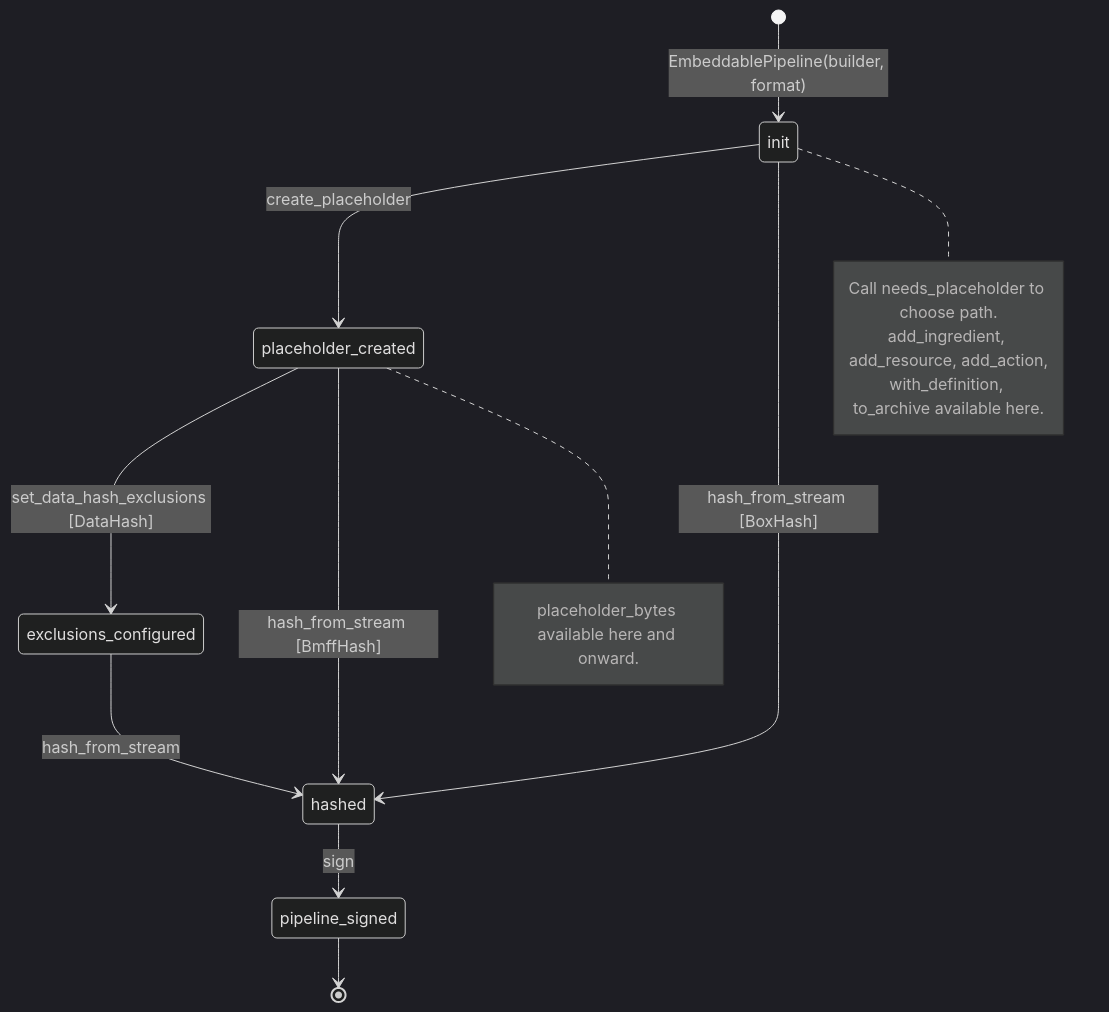
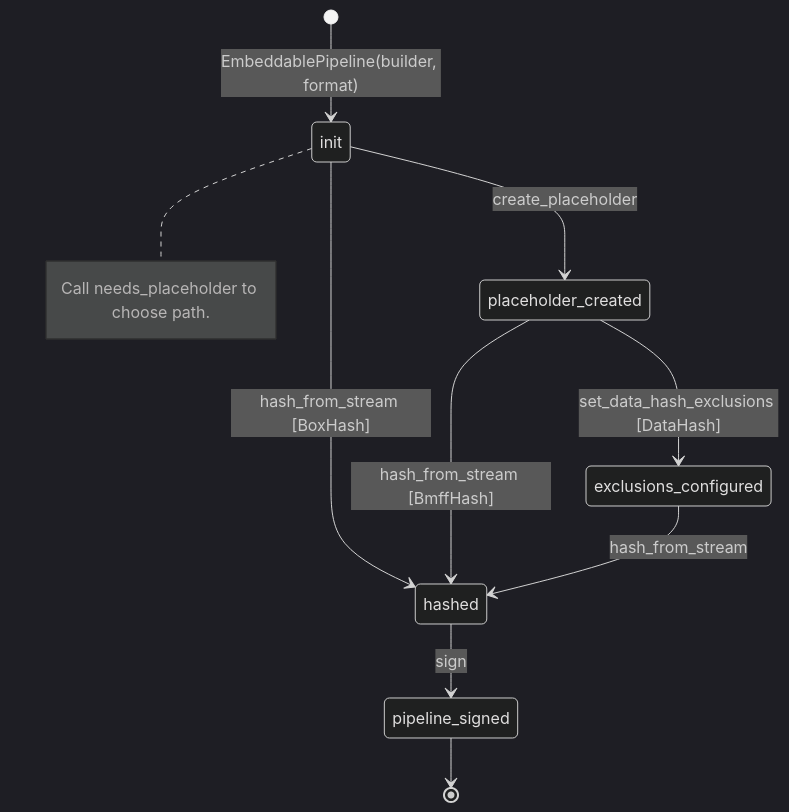
Before and after one commit to contentauth/c2pa-c: the seventh of 8 diagrams in docs/embeddable-api.md, drawn with Mermaid (dark theme). The commit also changed other lines of this file and 3 other files, not shown here.

````diff
--- a/docs/embeddable-api.md
+++ b/docs/embeddable-api.md
@@ -550,25 +550,19 @@
 ```mermaid
 stateDiagram-v2
     [*] --> init : EmbeddablePipeline(builder, format)
 
     init --> placeholder_created : create_placeholder
     init --> hashed : hash_from_stream [BoxHash]
 
     placeholder_created --> exclusions_configured : set_data_hash_exclusions [DataHash]
     placeholder_created --> hashed : hash_from_stream [BmffHash]
 
     exclusions_configured --> hashed : hash_from_stream
 
     hashed --> pipeline_signed : sign
     pipeline_signed --> [*]
 
     note right of init
         Call needs_placeholder to choose path.
-        add_ingredient, add_resource, add_action,
-        with_definition, to_archive available here.
-    end note
-
-    note right of placeholder_created
-        placeholder_bytes available here and onward.
     end note
 ```
````
